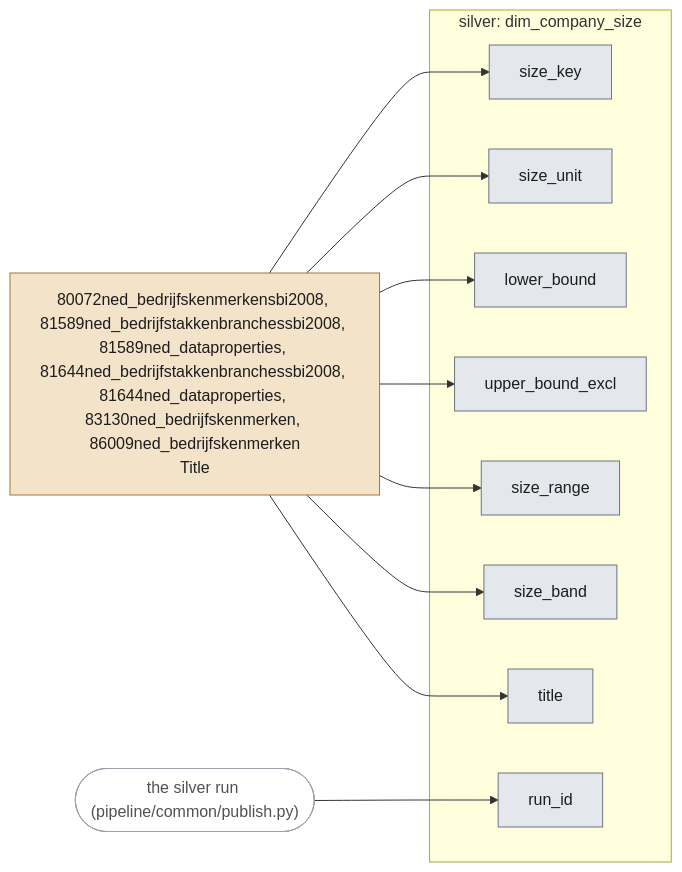
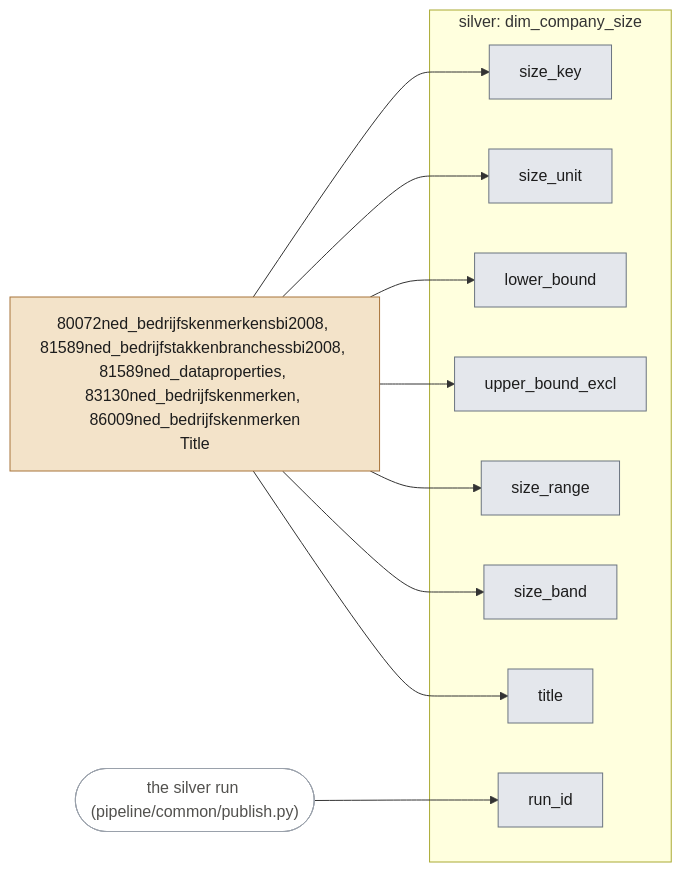
The fourth of 18 diagrams in docs/lineage.md (stefancodecommit/AOV_Lakehouse), drawn with Mermaid before and after one commit. The commit also changed other lines of this file and 27 other files, not shown here.

````diff
--- a/docs/lineage.md
+++ b/docs/lineage.md
@@ -236,28 +226,28 @@
 ```mermaid
 flowchart LR
-  n_src_80072ned_bedrijfskenmerkensbi2008_81589ned_bedrijfstakkenbranchessbi2008_81589ned_dataproperties_81644ned_bedrijfstakkenbranchessbi2008_81644ned_dataproperties_83130ned_bedrijfskenmerken_86009ned_bedrijfskenmerken_Title["80072ned_bedrijfskenmerkensbi2008, 81589ned_bedrijfstakkenbranchessbi2008, 81589ned_dataproperties, 81644ned_bedrijfstakkenbranchessbi2008, 81644ned_dataproperties, 83130ned_bedrijfskenmerken, 86009ned_bedrijfskenmerken<br/>Title"]:::bronze
+  n_src_80072ned_bedrijfskenmerkensbi2008_81589ned_bedrijfstakkenbranchessbi2008_81589ned_dataproperties_83130ned_bedrijfskenmerken_86009ned_bedrijfskenmerken_Title["80072ned_bedrijfskenmerkensbi2008, 81589ned_bedrijfstakkenbranchessbi2008, 81589ned_dataproperties, 83130ned_bedrijfskenmerken, 86009ned_bedrijfskenmerken<br/>Title"]:::bronze
   run(["the silver run (pipeline/common/publish.py)"]):::run
   subgraph n_tbl_dim_company_size["silver: dim_company_size"]
     n_col_size_key["size_key"]:::silver
     n_col_size_unit["size_unit"]:::silver
     n_col_lower_bound["lower_bound"]:::silver
     n_col_upper_bound_excl["upper_bound_excl"]:::silver
     n_col_size_range["size_range"]:::silver
     n_col_size_band["size_band"]:::silver
     n_col_title["title"]:::silver
     n_col_run_id["run_id"]:::silver
   end
-  n_src_80072ned_bedrijfskenmerkensbi2008_81589ned_bedrijfstakkenbranchessbi2008_81589ned_dataproperties_81644ned_bedrijfstakkenbranchessbi2008_81644ned_dataproperties_83130ned_bedrijfskenmerken_86009ned_bedrijfskenmerken_Title --> n_col_size_key
-  n_src_80072ned_bedrijfskenmerkensbi2008_81589ned_bedrijfstakkenbranchessbi2008_81589ned_dataproperties_81644ned_bedrijfstakkenbranchessbi2008_81644ned_dataproperties_83130ned_bedrijfskenmerken_86009ned_bedrijfskenmerken_Title --> n_col_size_unit
-  n_src_80072ned_bedrijfskenmerkensbi2008_81589ned_bedrijfstakkenbranchessbi2008_81589ned_dataproperties_81644ned_bedrijfstakkenbranchessbi2008_81644ned_dataproperties_83130ned_bedrijfskenmerken_86009ned_bedrijfskenmerken_Title --> n_col_lower_bound
-  n_src_80072ned_bedrijfskenmerkensbi2008_81589ned_bedrijfstakkenbranchessbi2008_81589ned_dataproperties_81644ned_bedrijfstakkenbranchessbi2008_81644ned_dataproperties_83130ned_bedrijfskenmerken_86009ned_bedrijfskenmerken_Title --> n_col_upper_bound_excl
-  n_src_80072ned_bedrijfskenmerkensbi2008_81589ned_bedrijfstakkenbranchessbi2008_81589ned_dataproperties_81644ned_bedrijfstakkenbranchessbi2008_81644ned_dataproperties_83130ned_bedrijfskenmerken_86009ned_bedrijfskenmerken_Title --> n_col_size_range
-  n_src_80072ned_bedrijfskenmerkensbi2008_81589ned_bedrijfstakkenbranchessbi2008_81589ned_dataproperties_81644ned_bedrijfstakkenbranchessbi2008_81644ned_dataproperties_83130ned_bedrijfskenmerken_86009ned_bedrijfskenmerken_Title --> n_col_size_band
-  n_src_80072ned_bedrijfskenmerkensbi2008_81589ned_bedrijfstakkenbranchessbi2008_81589ned_dataproperties_81644ned_bedrijfstakkenbranchessbi2008_81644ned_dataproperties_83130ned_bedrijfskenmerken_86009ned_bedrijfskenmerken_Title --> n_col_title
+  n_src_80072ned_bedrijfskenmerkensbi2008_81589ned_bedrijfstakkenbranchessbi2008_81589ned_dataproperties_83130ned_bedrijfskenmerken_86009ned_bedrijfskenmerken_Title --> n_col_size_key
+  n_src_80072ned_bedrijfskenmerkensbi2008_81589ned_bedrijfstakkenbranchessbi2008_81589ned_dataproperties_83130ned_bedrijfskenmerken_86009ned_bedrijfskenmerken_Title --> n_col_size_unit
+  n_src_80072ned_bedrijfskenmerkensbi2008_81589ned_bedrijfstakkenbranchessbi2008_81589ned_dataproperties_83130ned_bedrijfskenmerken_86009ned_bedrijfskenmerken_Title --> n_col_lower_bound
+  n_src_80072ned_bedrijfskenmerkensbi2008_81589ned_bedrijfstakkenbranchessbi2008_81589ned_dataproperties_83130ned_bedrijfskenmerken_86009ned_bedrijfskenmerken_Title --> n_col_upper_bound_excl
+  n_src_80072ned_bedrijfskenmerkensbi2008_81589ned_bedrijfstakkenbranchessbi2008_81589ned_dataproperties_83130ned_bedrijfskenmerken_86009ned_bedrijfskenmerken_Title --> n_col_size_range
+  n_src_80072ned_bedrijfskenmerkensbi2008_81589ned_bedrijfstakkenbranchessbi2008_81589ned_dataproperties_83130ned_bedrijfskenmerken_86009ned_bedrijfskenmerken_Title --> n_col_size_band
+  n_src_80072ned_bedrijfskenmerkensbi2008_81589ned_bedrijfstakkenbranchessbi2008_81589ned_dataproperties_83130ned_bedrijfskenmerken_86009ned_bedrijfskenmerken_Title --> n_col_title
   run --> n_col_run_id
   classDef bronze fill:#f3e3c9,stroke:#a8743a,color:#1d1d1d
   classDef silver fill:#e4e7ec,stroke:#6b7480,color:#1d1d1d
   classDef gold fill:#f6ecb8,stroke:#9c7f12,color:#1d1d1d
   classDef silverref fill:#f2f3f5,stroke:#9aa1ab,stroke-dasharray:4 3,color:#1d1d1d
   classDef run fill:#ffffff,stroke:#9aa1ab,color:#52514e
 ```
````
